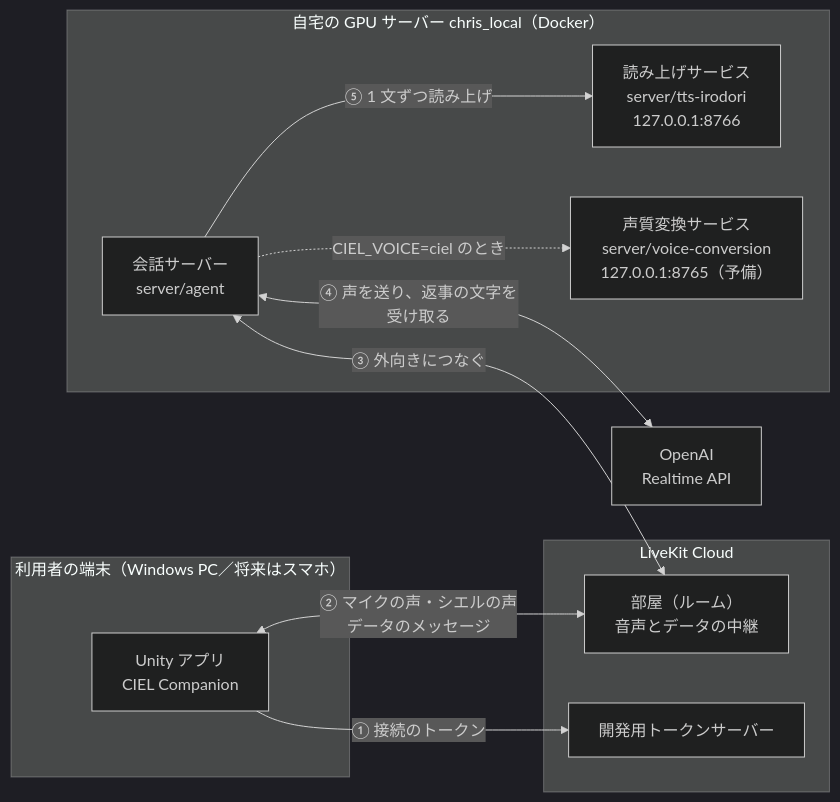
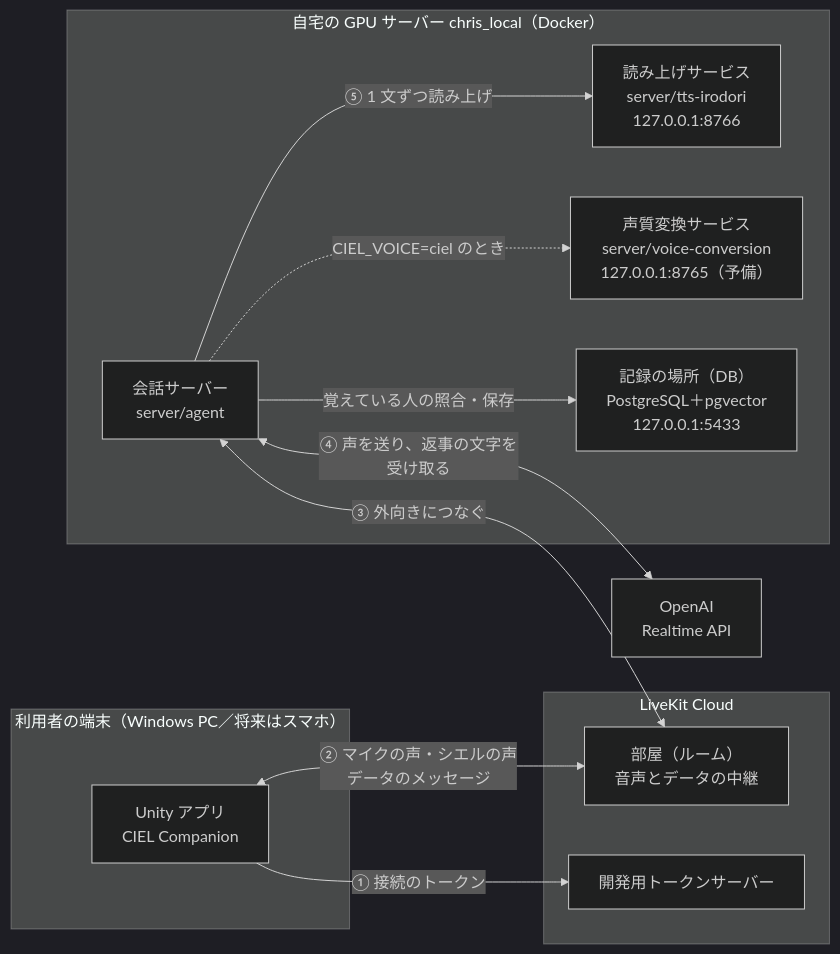
Before and after one commit to magic-sword/ciel-companion: the first of 3 diagrams in docs/architecture-ja.md, drawn with Mermaid (dark theme). The commit also changed other lines of this file and 26 other files, not shown here.

````diff
--- a/docs/architecture-ja.md
+++ b/docs/architecture-ja.md
@@ -7,23 +7,25 @@
 ```mermaid
 flowchart LR
     subgraph PC["利用者の端末（Windows PC／将来はスマホ）"]
         U["Unity アプリ<br>CIEL Companion"]
     end
     subgraph Cloud["LiveKit Cloud"]
         R["部屋（ルーム）<br>音声とデータの中継"]
         T["開発用トークンサーバー"]
     end
     subgraph Home["自宅の GPU サーバー chris_local（Docker）"]
         A["会話サーバー<br>server/agent"]
         I["読み上げサービス<br>server/tts-irodori<br>127.0.0.1:8766"]
         V["声質変換サービス<br>server/voice-conversion<br>127.0.0.1:8765（予備）"]
+        D["記録の場所（DB）<br>PostgreSQL＋pgvector<br>127.0.0.1:5433"]
     end
     O["OpenAI<br>Realtime API"]
 
     U -- "① 接続のトークン" --> T
     U <-- "② マイクの声・シエルの声<br>データのメッセージ" --> R
     A <-- "③ 外向きにつなぐ" --> R
     A <-- "④ 声を送り、返事の文字を受け取る" --> O
     A -- "⑤ 1 文ずつ読み上げ" --> I
     A -. "CIEL_VOICE=ciel のとき" .-> V
+    A -- "覚えている人の照合・保存" --> D
 ```
````
